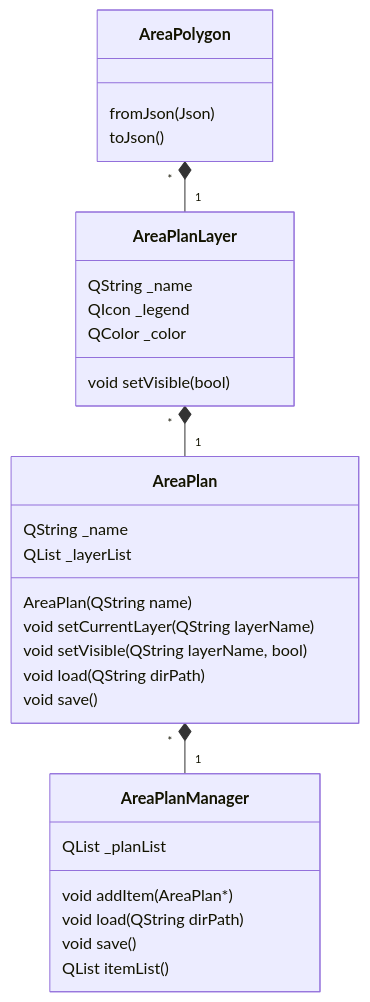
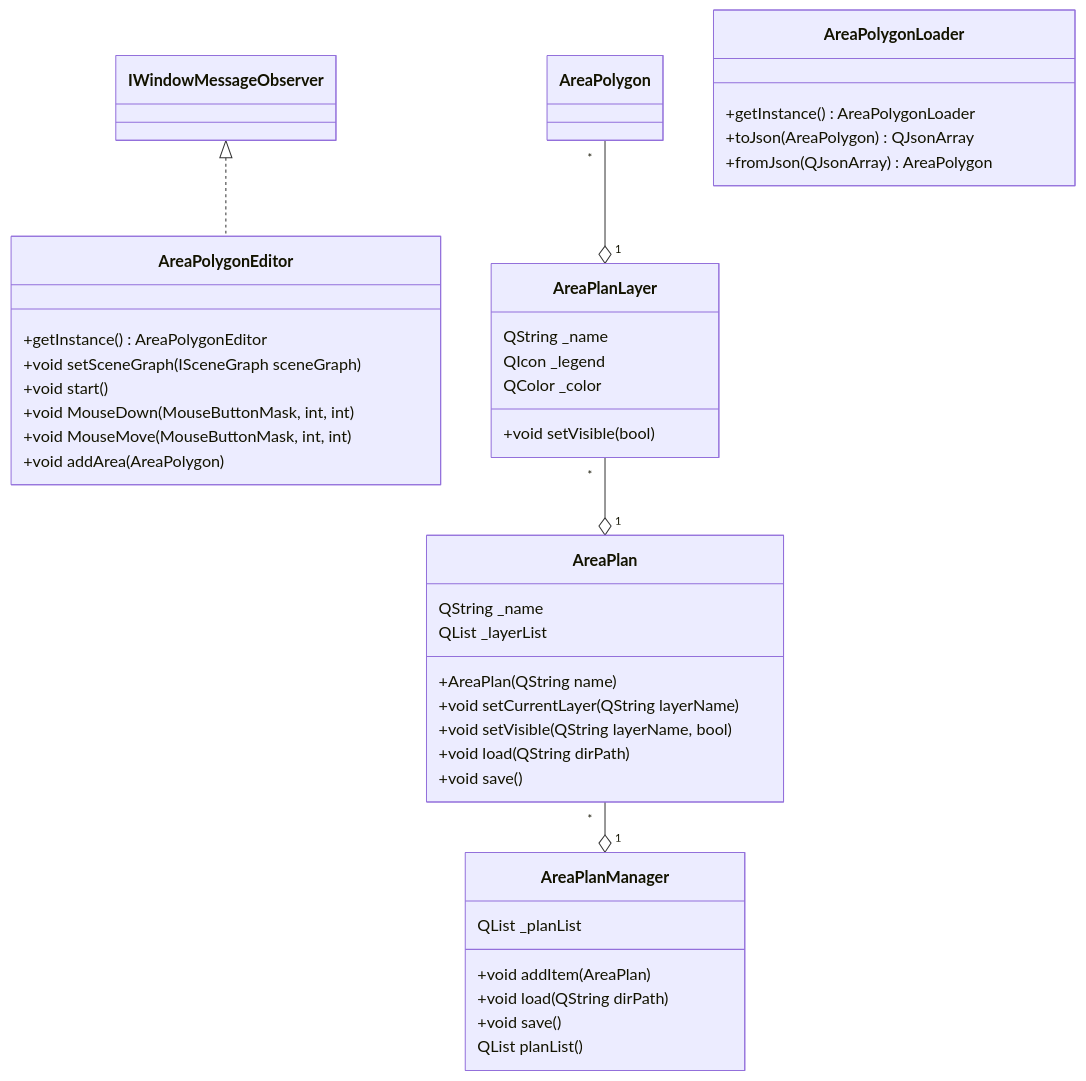
One commit to MJYCo-Ltd/Map changed diagram 16 of 23 in Doc/BGP平台应用层设计.md. Above: the diagram before and after it, drawn with Mermaid. The commit also changed other lines of this file and 16 other files, not shown here.

````diff
--- a/Doc/BGP平台应用层设计.md
+++ b/Doc/BGP平台应用层设计.md
@@ -437,28 +475,39 @@
 ```mermaid
 classDiagram
+class IWindowMessageObserver
+class AreaPolygonEditor
+AreaPolygonEditor : +getInstance() AreaPolygonEditor
+AreaPolygonEditor : +void setSceneGraph(ISceneGraph sceneGraph)
+AreaPolygonEditor : +void start()
+AreaPolygonEditor : +void MouseDown(MouseButtonMask, int, int)
+AreaPolygonEditor : +void MouseMove(MouseButtonMask, int, int)
+AreaPolygonEditor : +void addArea(AreaPolygon)
+IWindowMessageObserver <|.. AreaPolygonEditor
 class AreaPolygon
-AreaPolygon : fromJson(Json)
-AreaPolygon : toJson()
 class AreaPlanLayer
-AreaPlanLayer : void setVisible(bool)
+AreaPlanLayer : +void setVisible(bool)
 AreaPlanLayer : QString			_name
 AreaPlanLayer : QIcon			_legend			
 AreaPlanLayer : QColor			_color
-AreaPolygon "*" *-- "1" AreaPlanLayer
+AreaPolygon "*" --o "1" AreaPlanLayer
 class AreaPlan
 AreaPlan : QString               _name
-AreaPlan : QList<AreaPlanLayer*> _layerList
-AreaPlan : AreaPlan(QString name)
-AreaPlan : void setCurrentLayer(QString layerName)
-AreaPlan : void setVisible(QString layerName, bool)
-AreaPlan : void load(QString dirPath)
-AreaPlan : void save()
-AreaPlanLayer "*" *-- "1" AreaPlan
+AreaPlan : QList<AreaPlanLayer> _layerList
+AreaPlan : +AreaPlan(QString name)
+AreaPlan : +void setCurrentLayer(QString layerName)
+AreaPlan : +void setVisible(QString layerName, bool)
+AreaPlan : +void load(QString dirPath)
+AreaPlan : +void save()
+AreaPlanLayer "*" --o "1" AreaPlan
 class AreaPlanManager
-AreaPlanManager : void addItem(AreaPlan*)
-AreaPlanManager : void load(QString dirPath)
-AreaPlanManager : void save()
-AreaPlanManager : QList<AreaPlan*> itemList()
-AreaPlanManager : QList<AreaPlan*> _planList
-AreaPlan "*" *-- "1" AreaPlanManager
+AreaPlanManager : +void addItem(AreaPlan)
+AreaPlanManager : +void load(QString dirPath)
+AreaPlanManager : +void save()
+AreaPlanManager : QList<AreaPlan> planList()
+AreaPlanManager : QList<AreaPlan> _planList
+AreaPlan "*" --o "1" AreaPlanManager
+class AreaPolygonLoader
+AreaPolygonLoader : +getInstance() AreaPolygonLoader
+AreaPolygonLoader : +toJson(AreaPolygon) QJsonArray
+AreaPolygonLoader : +fromJson(QJsonArray) AreaPolygon
 ```
````
